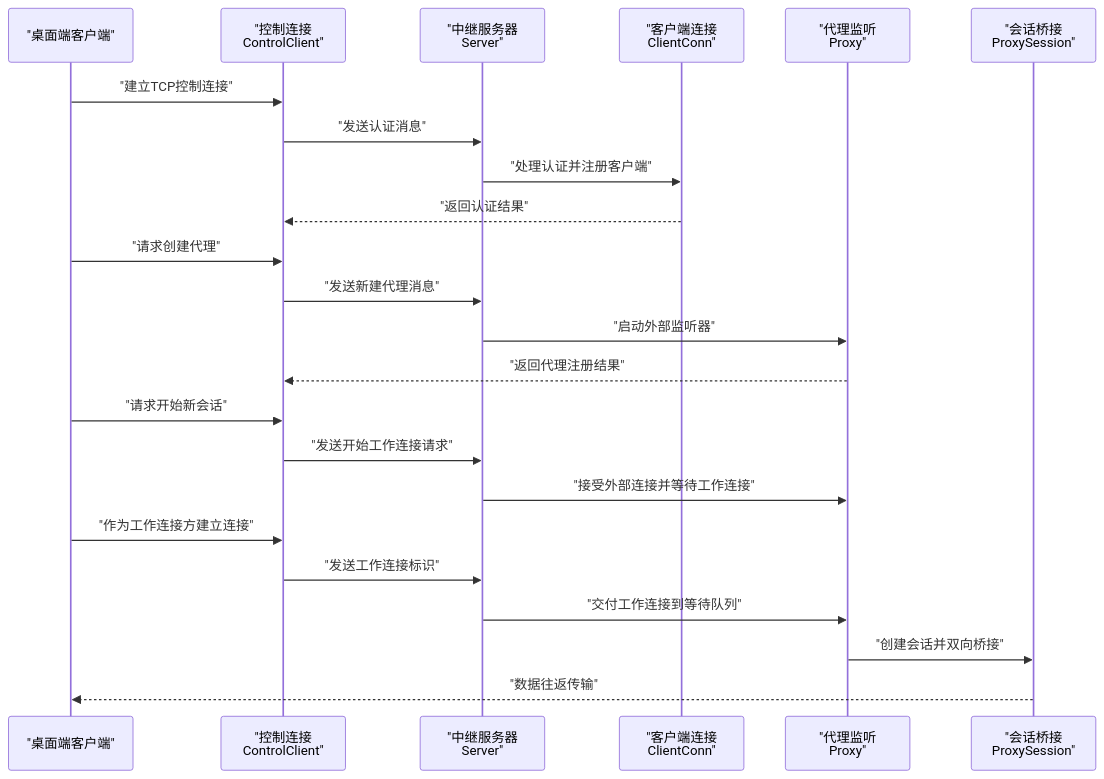
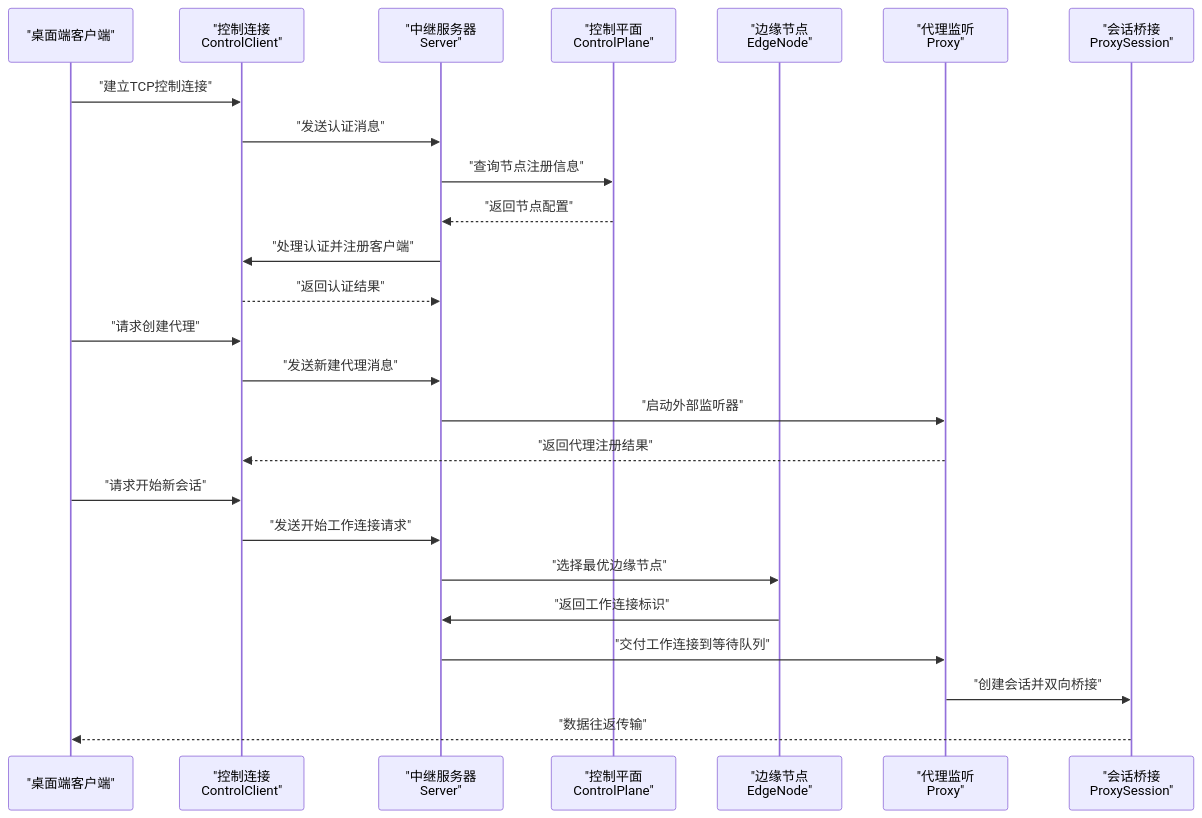
The second of 8 diagrams in .qoder/repowiki/zh/content/服务端架构/服务端架构.md (itsharex/NexTunnel), drawn with Mermaid before and after one commit. The commit also changed other lines of this file and 32 other files, not shown here.

````diff
--- a/.qoder/repowiki/zh/content/服务端架构/服务端架构.md
+++ b/.qoder/repowiki/zh/content/服务端架构/服务端架构.md
@@ -135,25 +163,27 @@
 ```mermaid
 sequenceDiagram
 participant Client as "桌面端客户端"
 participant Ctrl as "控制连接<br/>ControlClient"
 participant Srv as "中继服务器<br/>Server"
-participant CC as "客户端连接<br/>ClientConn"
+participant CP as "控制平面<br/>ControlPlane"
+participant Edge as "边缘节点<br/>EdgeNode"
 participant Proxy as "代理监听<br/>Proxy"
 participant Session as "会话桥接<br/>ProxySession"
 Client->>Ctrl : "建立TCP控制连接"
 Ctrl->>Srv : "发送认证消息"
-Srv->>CC : "处理认证并注册客户端"
-CC-->>Ctrl : "返回认证结果"
+Srv->>CP : "查询节点注册信息"
+CP-->>Srv : "返回节点配置"
+Srv->>Ctrl : "处理认证并注册客户端"
+Ctrl-->>Srv : "返回认证结果"
 Client->>Ctrl : "请求创建代理"
 Ctrl->>Srv : "发送新建代理消息"
 Srv->>Proxy : "启动外部监听器"
 Proxy-->>Ctrl : "返回代理注册结果"
 Client->>Ctrl : "请求开始新会话"
 Ctrl->>Srv : "发送开始工作连接请求"
-Srv->>Proxy : "接受外部连接并等待工作连接"
-Client->>Ctrl : "作为工作连接方建立连接"
-Ctrl->>Srv : "发送工作连接标识"
+Srv->>Edge : "选择最优边缘节点"
+Edge->>Srv : "返回工作连接标识"
 Srv->>Proxy : "交付工作连接到等待队列"
 Proxy->>Session : "创建会话并双向桥接"
 Session-->>Client : "数据往返传输"
 ```
````
